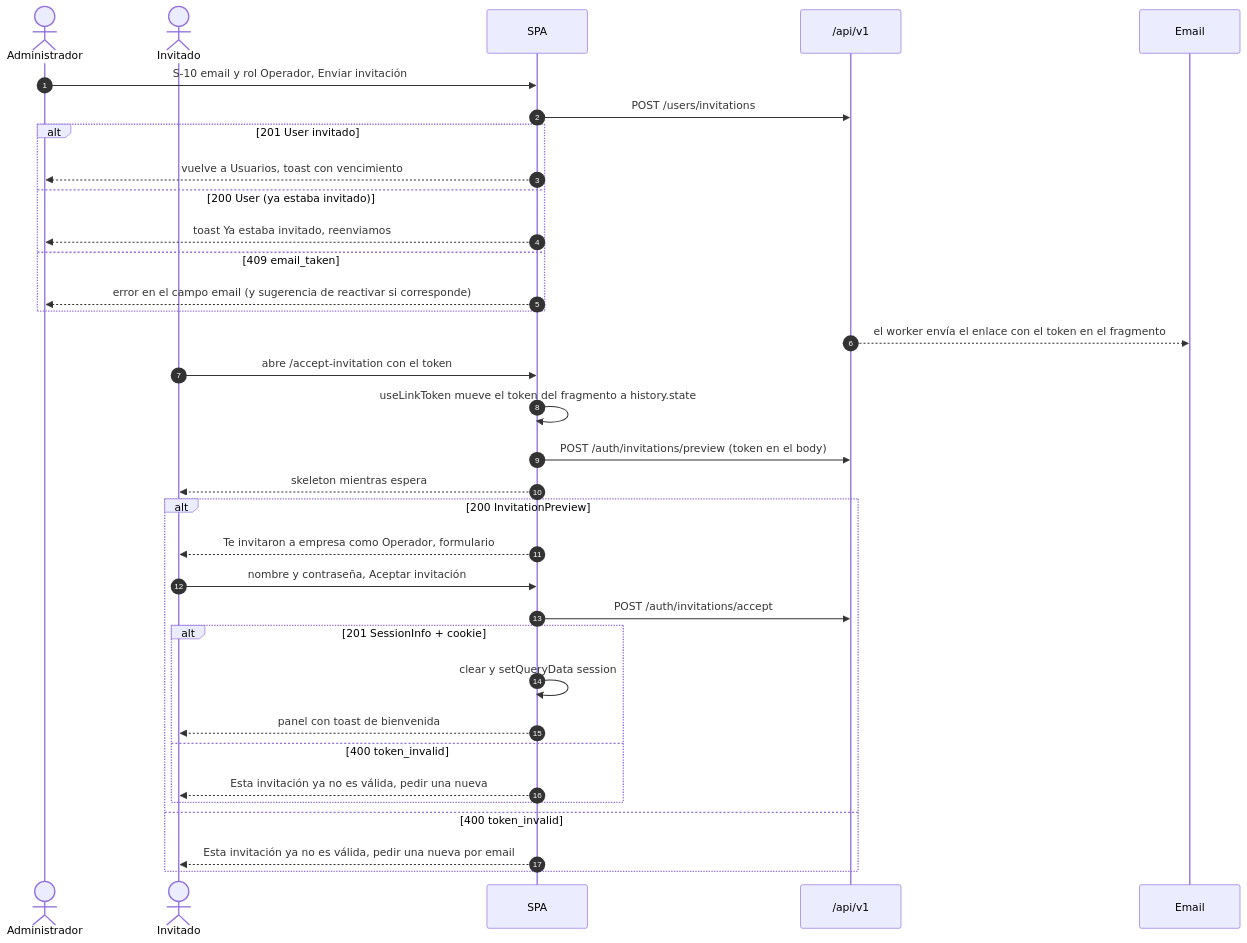
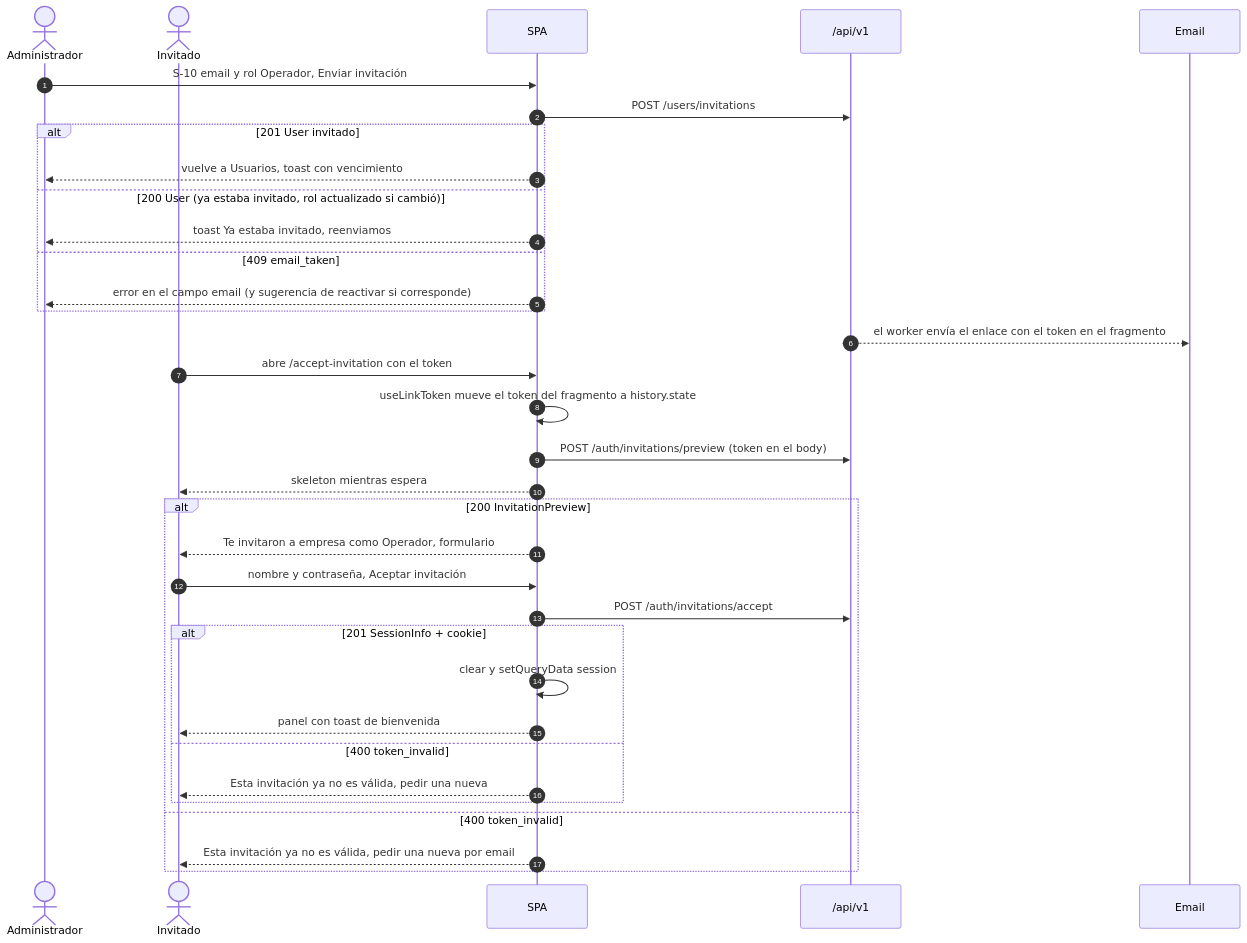
Before and after one commit to fdelillo/crm: the eighth of 9 diagrams in specs/001-empresas-usuarios/ui.md, drawn with Mermaid. The commit also changed other lines of this file and 7 other files, not shown here.

````diff
--- a/specs/001-empresas-usuarios/ui.md
+++ b/specs/001-empresas-usuarios/ui.md
@@ -1223,37 +1352,37 @@
 ```mermaid
 sequenceDiagram
     autonumber
     actor A as Administrador
     actor O as Invitado
     participant UI as SPA
     participant API as /api/v1
     participant M as Email
 
     A->>UI: S-10 email y rol Operador, Enviar invitación
     UI->>API: POST /users/invitations
     alt 201 User invitado
         UI-->>A: vuelve a Usuarios, toast con vencimiento
-    else 200 User (ya estaba invitado)
+    else 200 User (ya estaba invitado, rol actualizado si cambió)
         UI-->>A: toast Ya estaba invitado, reenviamos
     else 409 email_taken
         UI-->>A: error en el campo email (y sugerencia de reactivar si corresponde)
     end
     API-->>M: el worker envía el enlace con el token en el fragmento
     O->>UI: abre /accept-invitation con el token
     UI->>UI: useLinkToken mueve el token del fragmento a history.state
     UI->>API: POST /auth/invitations/preview (token en el body)
     UI-->>O: skeleton mientras espera
     alt 200 InvitationPreview
         UI-->>O: Te invitaron a empresa como Operador, formulario
         O->>UI: nombre y contraseña, Aceptar invitación
         UI->>API: POST /auth/invitations/accept
         alt 201 SessionInfo + cookie
             UI->>UI: clear y setQueryData session
             UI-->>O: panel con toast de bienvenida
         else 400 token_invalid
             UI-->>O: Esta invitación ya no es válida, pedir una nueva
         end
     else 400 token_invalid
         UI-->>O: Esta invitación ya no es válida, pedir una nueva por email
     end
 ```
````
